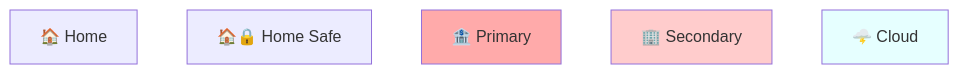
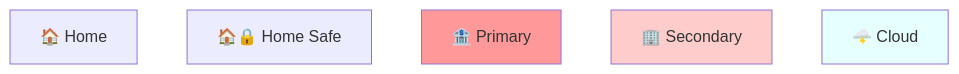
One commit to BlockchainCommons/SmartCustody changed the fourth of 26 diagrams in Docs/Scenario-Multisig.md. Above: the diagram before and after it, drawn with Mermaid.

````diff
--- a/Docs/Scenario-Multisig.md
+++ b/Docs/Scenario-Multisig.md
@@ -214,12 +214,12 @@
 ```mermaid
     graph BT;
     A["🏠 Home"]
     B["🏠🔒 Home Safe"]
     C["🏦 Primary"]
     D["🏢 Secondary"]
     E["🌩️ Cloud"]
     
-style C fill:#ffaaaa;
+style C fill:#ff9999;
 style D fill:#ffcccc;
 style E fill:#e6ffff;
 ```
````
